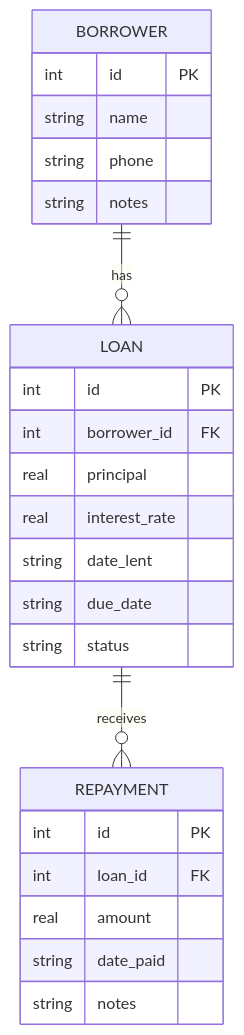
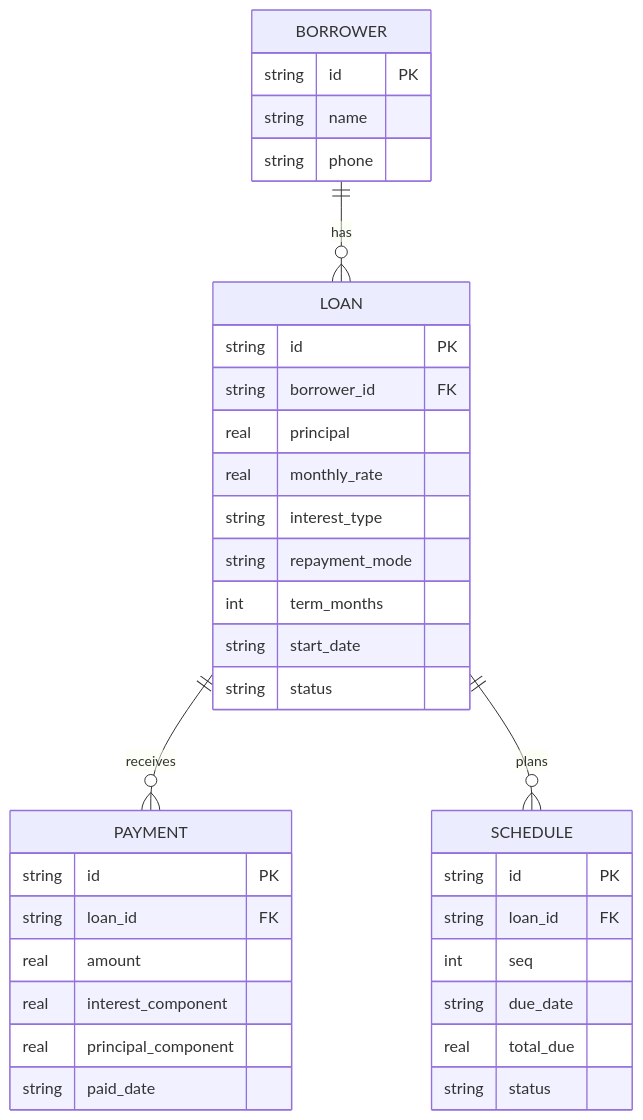
One commit to devravinder/project-trust-fund changed the fourth of 4 diagrams in docs/architecture.md. Above: the diagram before and after it, drawn with Mermaid. The commit also changed other lines of this file and 5 other files, not shown here.

````diff
--- a/docs/architecture.md
+++ b/docs/architecture.md
@@ -66,28 +103,11 @@
 ```mermaid
 erDiagram
     BORROWER ||--o{ LOAN : has
-    LOAN ||--o{ REPAYMENT : receives
+    LOAN ||--o{ PAYMENT : receives
+    LOAN ||--o{ SCHEDULE : plans
 
-    BORROWER {
-        int id PK
-        string name
-        string phone
-        string notes
-    }
-    LOAN {
-        int id PK
-        int borrower_id FK
-        real principal
-        real interest_rate
-        string date_lent
-        string due_date
-        string status
-    }
-    REPAYMENT {
-        int id PK
-        int loan_id FK
-        real amount
-        string date_paid
-        string notes
-    }
+    BORROWER { string id PK  string name  string phone }
+    LOAN { string id PK  string borrower_id FK  real principal  real monthly_rate  string interest_type  string repayment_mode  int term_months  string start_date  string status }
+    PAYMENT { string id PK  string loan_id FK  real amount  real interest_component  real principal_component  string paid_date }
+    SCHEDULE { string id PK  string loan_id FK  int seq  string due_date  real total_due  string status }
 ```
````
